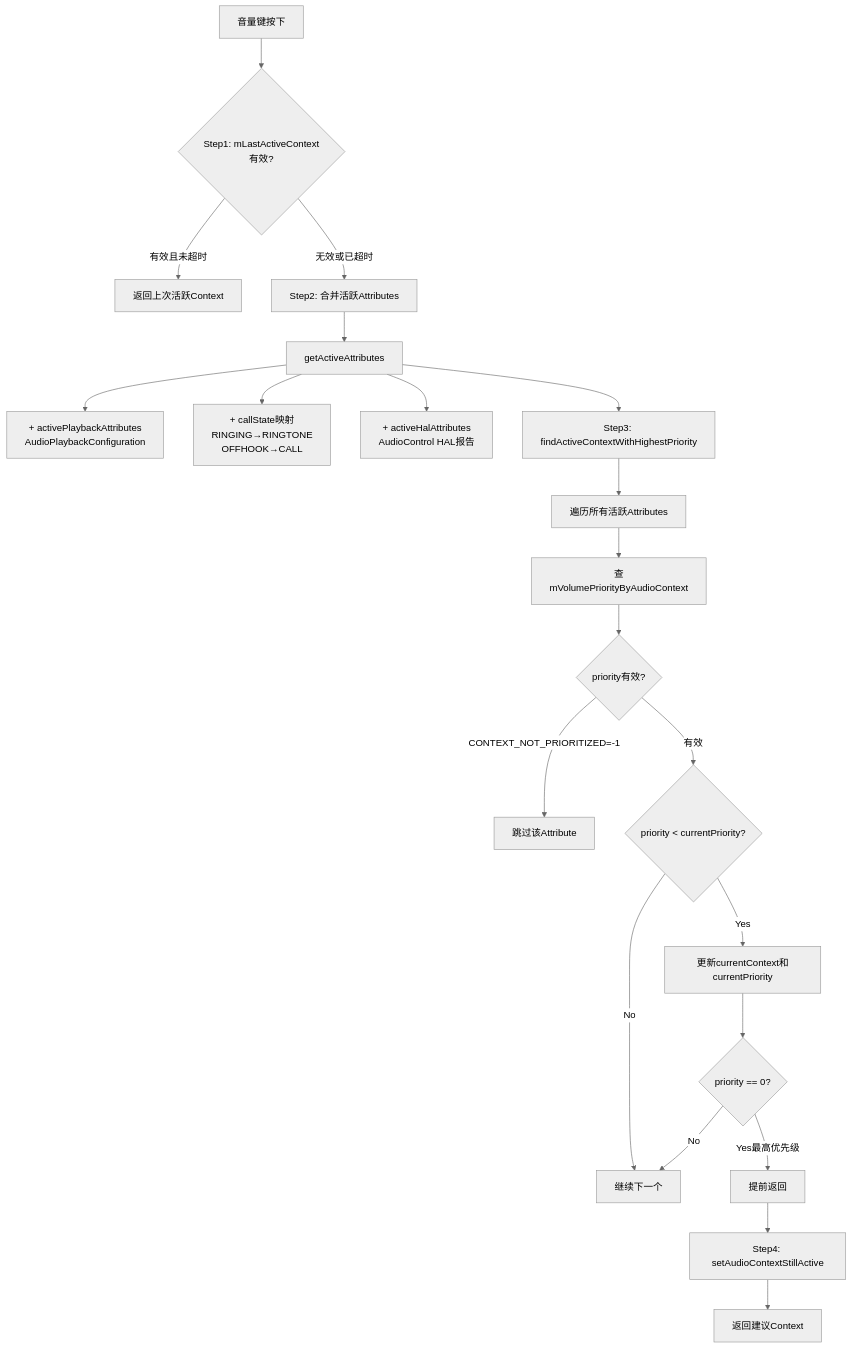
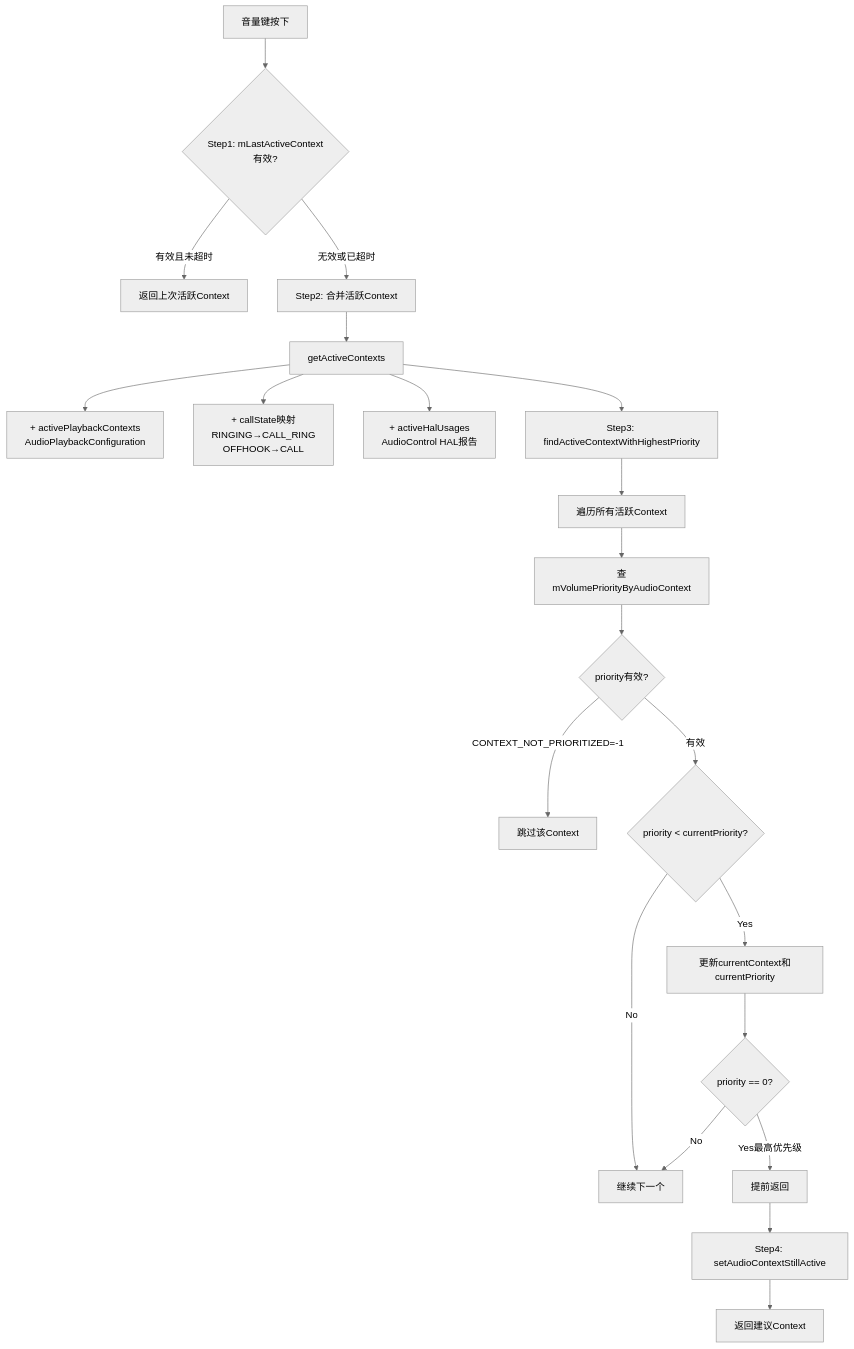
One commit to yanglinzhen1022/SA8295_AAOS_QNX_Audio_KnowledgeBase changed the second of 4 diagrams in 09_AAOS_Car_Audio/09_9.12_CarVolume-音量优先级算法.md. Above: the diagram before and after it, drawn with Mermaid (neutral theme). The commit also changed other lines of this file and 16 other files, not shown here.

````diff
--- a/09_AAOS_Car_Audio/09_9.12_CarVolume-音量优先级算法.md
+++ b/09_AAOS_Car_Audio/09_9.12_CarVolume-音量优先级算法.md
@@ -148,23 +151,23 @@
 ```mermaid
 flowchart TB
     KEY[音量键按下] --> STEP1{Step1: mLastActiveContext有效?}
     STEP1 -->|有效且未超时| RETURN_LAST[返回上次活跃Context]
-    STEP1 -->|无效或已超时| STEP2[Step2: 合并活跃Attributes]
-    STEP2 --> MERGE[getActiveAttributes]
-    MERGE --> PLAYBACK[+ activePlaybackAttributes<br/>AudioPlaybackConfiguration]
-    MERGE --> CALL[+ callState映射<br/>RINGING→RINGTONE<br/>OFFHOOK→CALL]
-    MERGE --> HAL[+ activeHalAttributes<br/>AudioControl HAL报告]
+    STEP1 -->|无效或已超时| STEP2[Step2: 合并活跃Context]
+    STEP2 --> MERGE[getActiveContexts]
+    MERGE --> PLAYBACK[+ activePlaybackContexts<br/>AudioPlaybackConfiguration]
+    MERGE --> CALL[+ callState映射<br/>RINGING→CALL_RING<br/>OFFHOOK→CALL]
+    MERGE --> HAL[+ activeHalUsages<br/>AudioControl HAL报告]
     MERGE --> STEP3[Step3: findActiveContextWithHighestPriority]
-    STEP3 --> ITERATE[遍历所有活跃Attributes]
+    STEP3 --> ITERATE[遍历所有活跃Context]
     ITERATE --> LOOKUP[查mVolumePriorityByAudioContext]
     LOOKUP --> CHECK{priority有效?}
-    CHECK -->|CONTEXT_NOT_PRIORITIZED=-1| SKIP[跳过该Attribute]
+    CHECK -->|CONTEXT_NOT_PRIORITIZED=-1| SKIP[跳过该Context]
     CHECK -->|有效| COMPARE{priority < currentPriority?}
     COMPARE -->|Yes| UPDATE[更新currentContext和currentPriority]
     COMPARE -->|No| NEXT[继续下一个]
     UPDATE --> EARLY{priority == 0?}
     EARLY -->|Yes最高优先级| BREAK[提前返回]
     EARLY -->|No| NEXT
     BREAK --> SAVE[Step4: setAudioContextStillActive]
     SAVE --> RETURN[返回建议Context]
 ```
````
